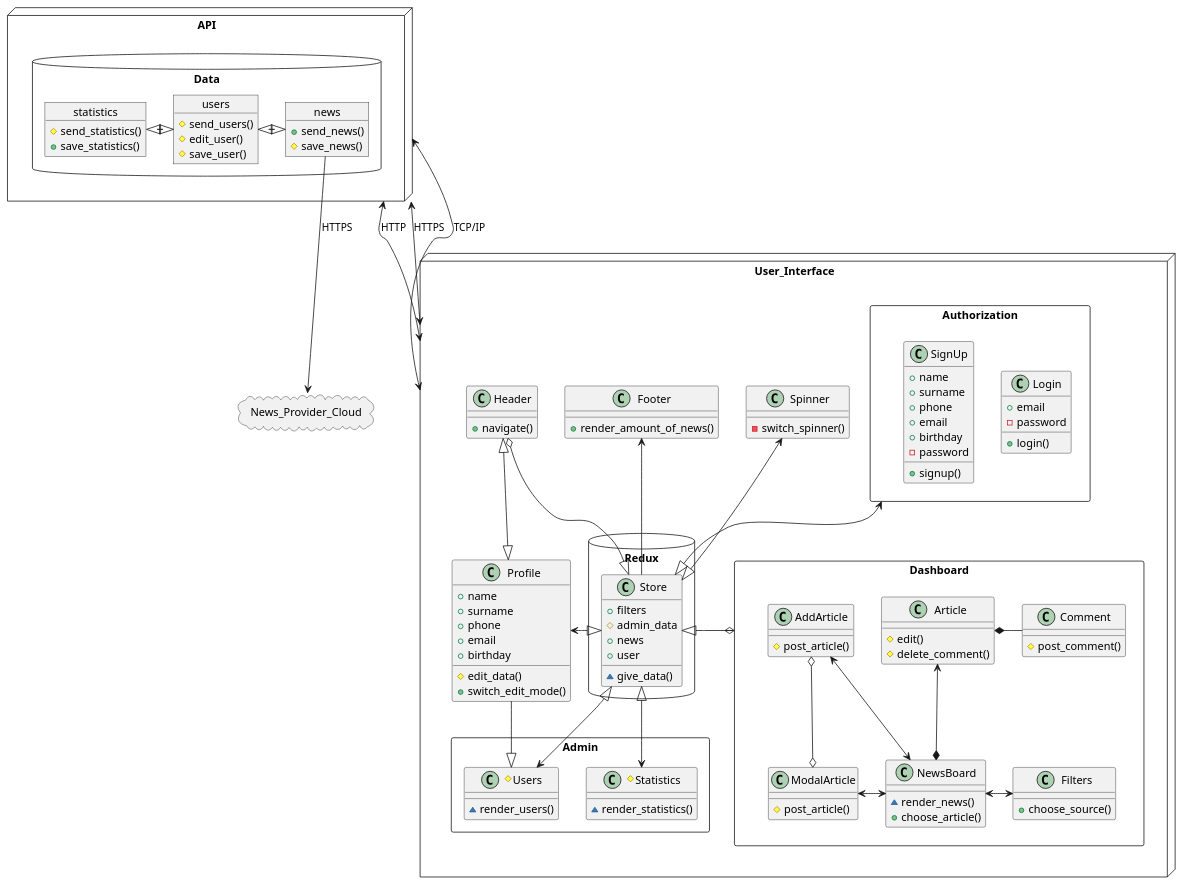
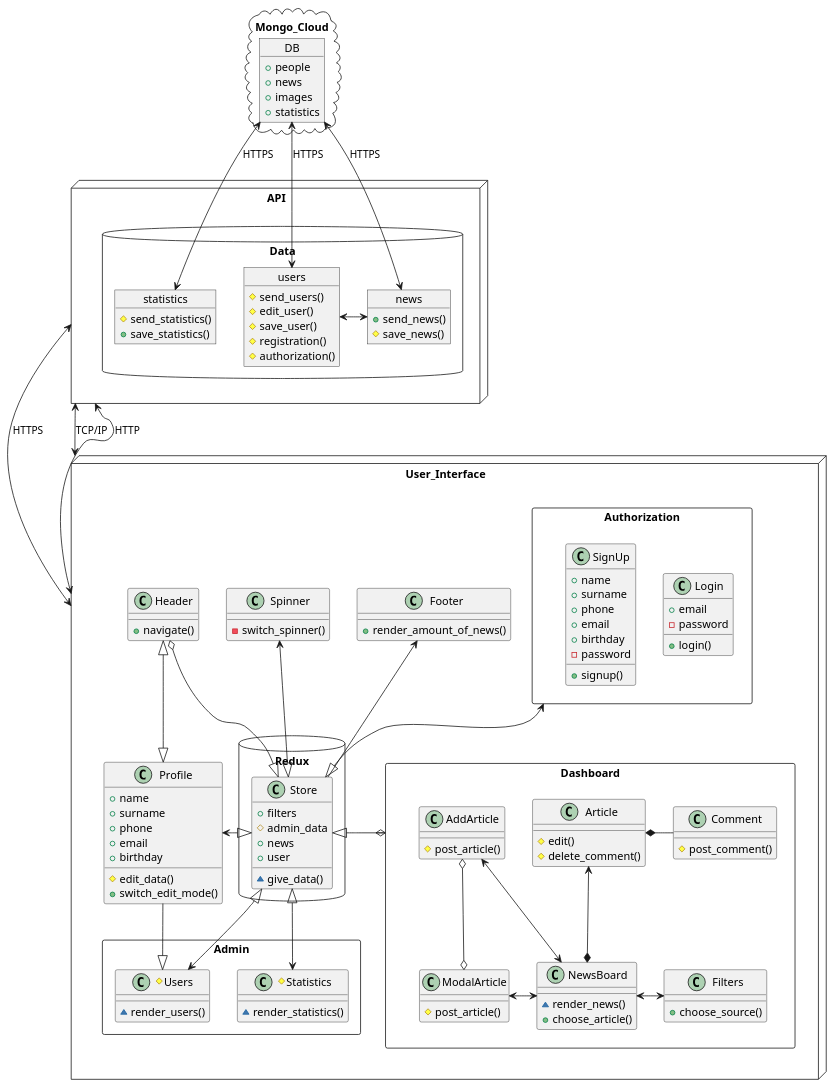
Before and after one commit to VladVinitskiy/News: the diagram in src/UML.wsd, drawn with PlantUML. The commit also changed 8 other files, not shown here.

```diff
--- a/src/UML.wsd
+++ b/src/UML.wsd
@@ -1,151 +1,158 @@
 @startuml
 
 package  User_Interface <<Node>> {
     package Redux <<Database>> {
         class Store {
             +filters
             #admin_data
             +news
             +user
             ~give_data()
         }
     }
 
     class Profile {
         +name
         +surname
         +phone
         +email
         +birthday
         #edit_data()
         +switch_edit_mode()
     }
 
     class Spinner {
         -switch_spinner()
     }
 
     class Header {
         +navigate()
     }
 
 
 
     rectangle Dashboard {
         class AddArticle {
              #post_article()
         }
 
         class Filters {
             +choose_source()
         }
 
         class NewsBoard {
             ~render_news()
             +choose_article()
         }
 
         class ModalArticle {
             #post_article()
         }
 
         class Comment {
             #post_comment()
         }
 
         class Article {
             #edit()
             #delete_comment()
         }
     }
 
     class Footer {
         +render_amount_of_news()
     }
         
 
     rectangle Admin {
         #class Statistics {
             ~render_statistics()
         }
 
         #class Users {
              ~render_users()
         }
     }
 
     rectangle Authorization {
         class Login {
             +email
             -password
             +login()
         }
 
         class SignUp {
             +name
             +surname
             +phone
             +email
             +birthday
             -password
             +signup()
         }
     }
     
         Store <|-u-o Header
         Store -u-> Footer
         Store <|-u-> Spinner
         Store <|-u-> Authorization
         Store <|-d-> Users
         Store <|-d-> Statistics
         Store <|-l-> Profile
         Store <|-r-o Dashboard
 
         NewsBoard <-u-> AddArticle
         NewsBoard <-r-> Filters
         NewsBoard <-l-> ModalArticle
         NewsBoard *-u-> Article
 
         Article *-r- Comment
 
         AddArticle o--o ModalArticle
 
         Profile -d-|> Users
         Header <|-d-|> Profile
 }
 
-package News_Provider_Cloud <<Cloud>> {
-
+package Mongo_Cloud <<Cloud>> {
+    object DB {
+            +people
+            +news
+            +images
+            +statistics
+        }
 }
 
 package API <<Node>> {
     package Data <<Database>> {
+        object users {
+            #send_users()
+            #edit_user()
+            #save_user()
+            #registration()
+            #authorization()
+        }
+
         object news { 
             +send_news()
             #save_news()
         }
-
-        object users {
-            #send_users()
-            #edit_user()
-            #save_user()
-        }
-
+        
         object statistics {
             #send_statistics()
             +save_statistics()
         }
 
-
-        statistics <|-|> users
-        users <|-|> news
+        news <-l-> users
     }
 }
 
 User_Interface <-u-> API : HTTPS
 User_Interface <-u-> API : TCP/IP
 User_Interface <-u-> API : HTTP
 
-News_Provider_Cloud <-u- news : HTTPS
+DB <-d-> news : HTTPS
+DB <-d-> users : HTTPS
+DB <-l-> statistics : HTTPS
 
 @enduml
```
